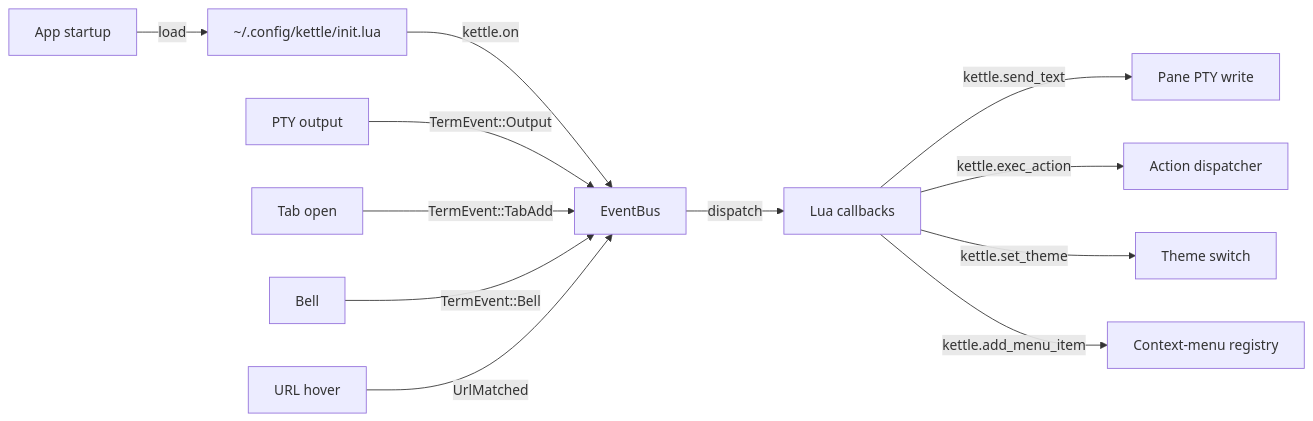
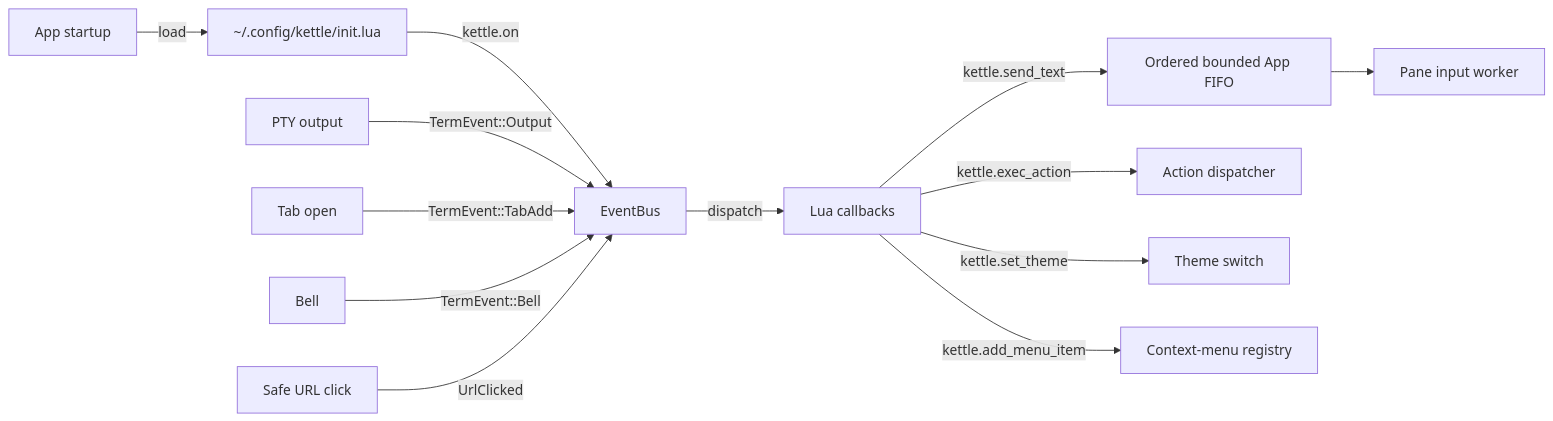
One commit to Reddimus/kettle changed the diagram in docs/TERMINATOR-PLUGIN-DESIGN.md. Above: the diagram before and after it, drawn with Mermaid. The commit also changed other lines of this file and 131 other files, not shown here.

````diff
--- a/docs/TERMINATOR-PLUGIN-DESIGN.md
+++ b/docs/TERMINATOR-PLUGIN-DESIGN.md
@@ -100,14 +101,15 @@
 ```mermaid
 graph LR
     A[App startup] -->|load| B[~/.config/kettle/init.lua]
     B -->|kettle.on| C[EventBus]
     D[PTY output] -->|TermEvent::Output| C
     E[Tab open] -->|TermEvent::TabAdd| C
     F[Bell] -->|TermEvent::Bell| C
-    G[URL hover] -->|UrlMatched| C
+    G[Safe URL click] -->|UrlClicked| C
     C -->|dispatch| H[Lua callbacks]
-    H -->|kettle.send_text| I[Pane PTY write]
+    H -->|kettle.send_text| I[Ordered bounded App FIFO]
+    I --> M[Pane input worker]
     H -->|kettle.exec_action| J[Action dispatcher]
     H -->|kettle.set_theme| K[Theme switch]
     H -->|kettle.add_menu_item| L[Context-menu registry]
 ```
````
